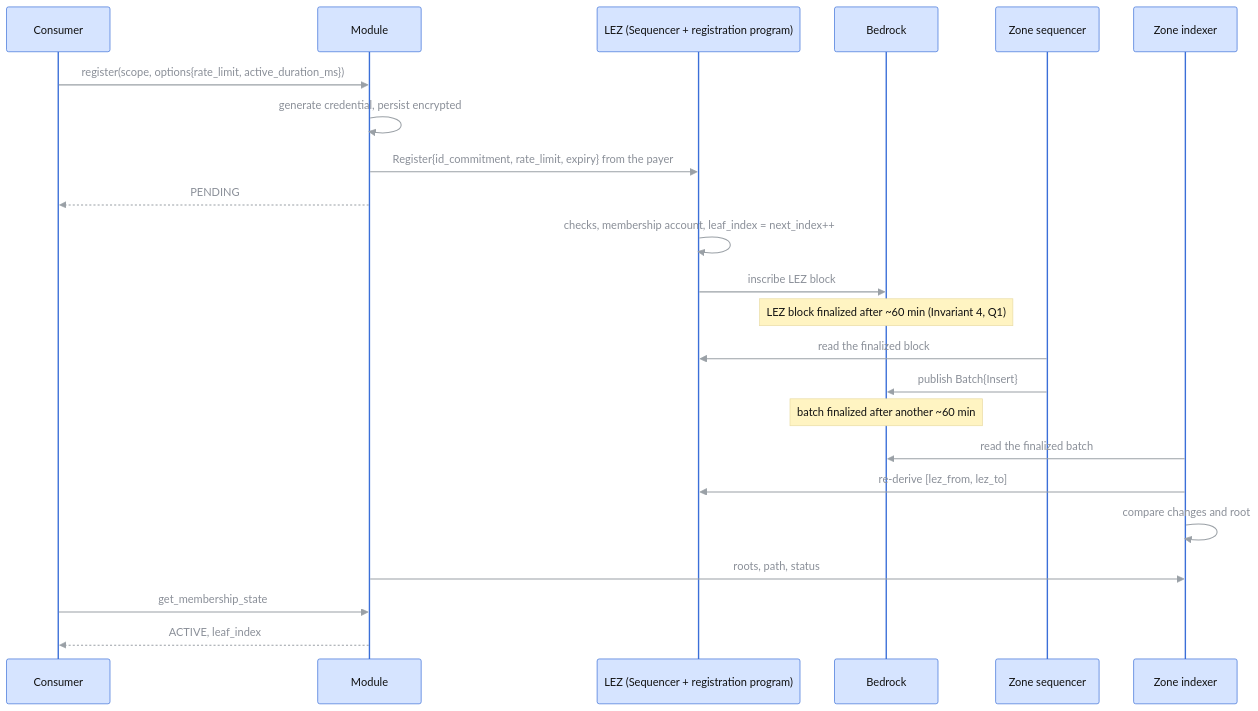
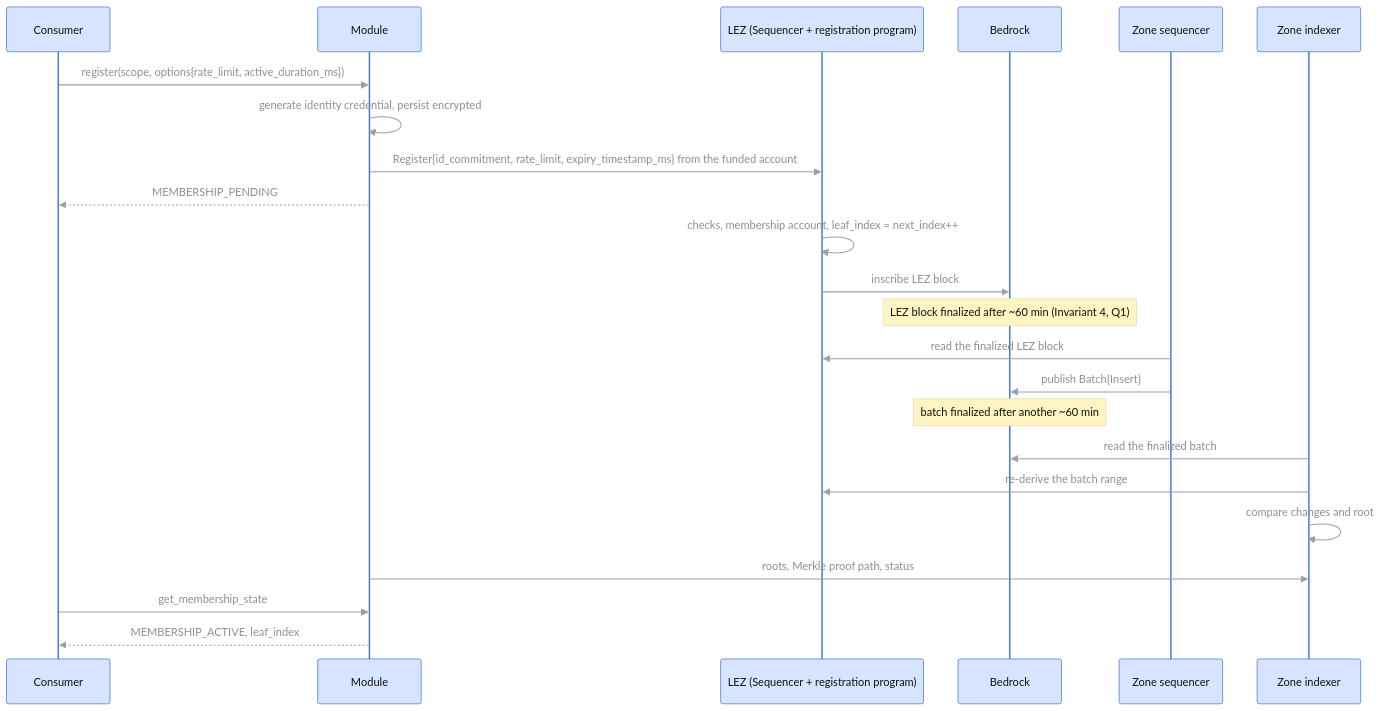
Before and after one commit to logos-co/logos-rln-membership-zone: the sixth of 8 diagrams in docs/rfc-rln-membership-zone.md, drawn with Mermaid. The commit also changed other lines of this file, not shown here.

````diff
--- a/docs/rfc-rln-membership-zone.md
+++ b/docs/rfc-rln-membership-zone.md
@@ -615,26 +649,26 @@
 ```mermaid
 %%{init: {"theme": "base", "themeVariables": {"primaryColor": "#d6e4ff", "primaryBorderColor": "#3b6fd8", "primaryTextColor": "#111111", "lineColor": "#9aa0a6", "signalColor": "#9aa0a6", "signalTextColor": "#8a8f98", "noteBkgColor": "#fff4c2", "noteTextColor": "#111111", "fontSize": "15px"}}}%%
 sequenceDiagram
     participant A as Consumer
     participant M as Module
     participant L as LEZ (Sequencer + registration program)
     participant B as Bedrock
     participant Z as Zone sequencer
     participant I as Zone indexer
     A->>M: register(scope, options{rate_limit, active_duration_ms})
-    M->>M: generate credential, persist encrypted
-    M->>L: Register{id_commitment, rate_limit, expiry} from the payer
-    M-->>A: PENDING
+    M->>M: generate identity credential, persist encrypted
+    M->>L: Register{id_commitment, rate_limit, expiry_timestamp_ms} from the funded account
+    M-->>A: MEMBERSHIP_PENDING
     L->>L: checks, membership account, leaf_index = next_index++
     L->>B: inscribe LEZ block
     Note over B: LEZ block finalized after ~60 min (Invariant 4, Q1)
-    Z->>L: read the finalized block
+    Z->>L: read the finalized LEZ block
     Z->>B: publish Batch{Insert}
     Note over B: batch finalized after another ~60 min
     I->>B: read the finalized batch
-    I->>L: re-derive [lez_from, lez_to]
+    I->>L: re-derive the batch range
     I->>I: compare changes and root
-    M->>I: roots, path, status
+    M->>I: roots, Merkle proof path, status
     A->>M: get_membership_state
-    M-->>A: ACTIVE, leaf_index
+    M-->>A: MEMBERSHIP_ACTIVE, leaf_index
 ```
````
